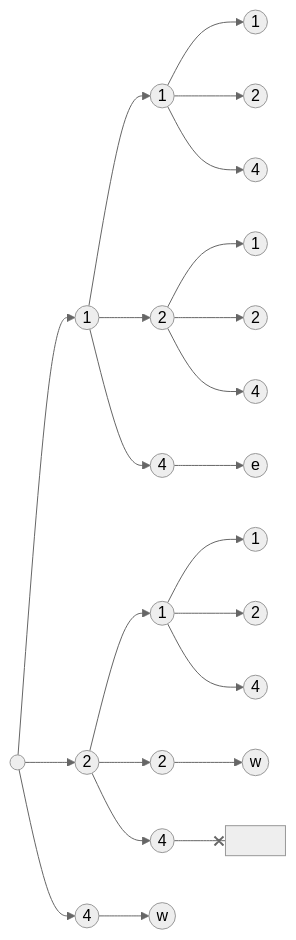
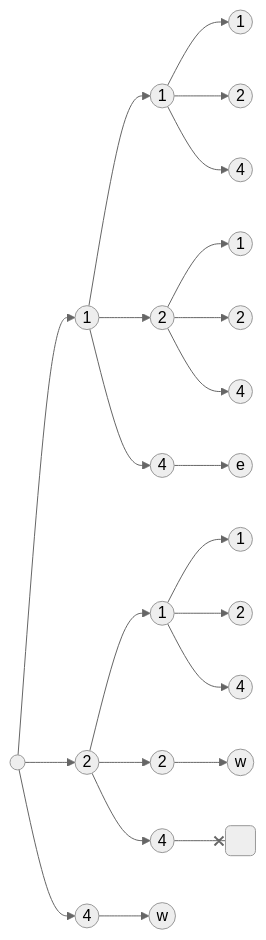
The third of 5 diagrams in README.md (innin-jam/bwinf25), drawn with Mermaid (neutral theme) before and after one commit. The commit also changed other lines of this file, not shown here.

````diff
--- a/README.md
+++ b/README.md
@@ -86,13 +86,14 @@
 ```mermaid
 flowchart LR
+
     a(( )) --> 1((1)) & 2((2)) & 4((4))
     1 --> 1.1((1)) & 1.2((2)) & 1.4((4))
     2 --> 2.1((1)) & 2.2((2)) & 2.4((4))
     4 --> 4.exit((w))
     1.1 --> 1.1.1((1)) & 1.1.2((2)) & 1.1.4((4))
     1.2 --> 1.2.1((1)) & 1.2.2((2)) & 1.2.4((4))
     1.4 --> 1.4.exit((e))
     2.1 --> 2.1.1((1)) & 2.1.2((2)) & 2.1.4((4))
     2.2 --> 2.2.exit((w))
-    2.4 --x 2.4.exit[ ]
+    2.4 --x 2.4.exit( )
 ```
````
